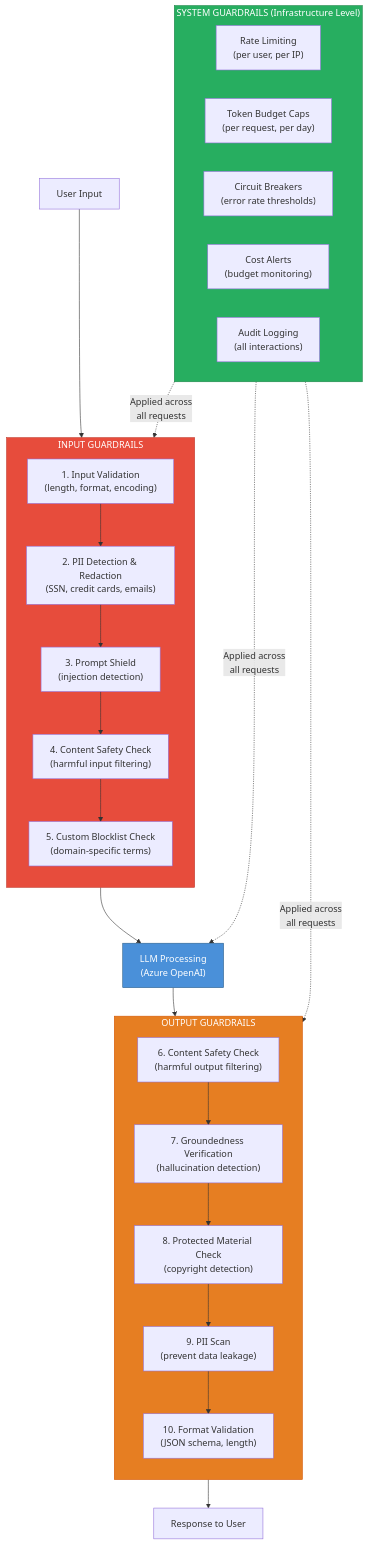
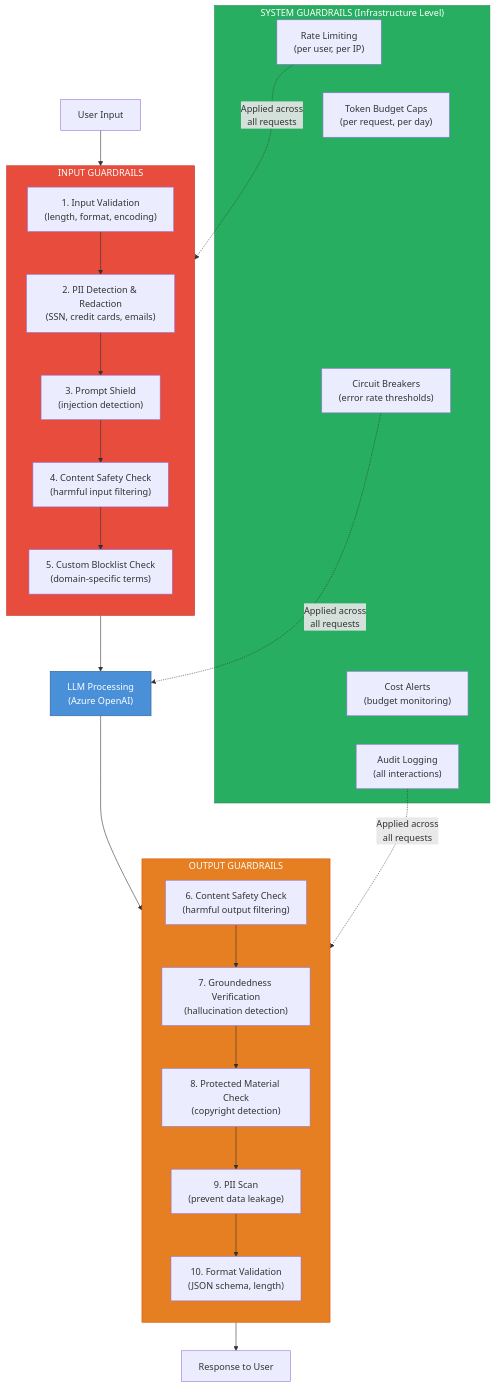
Before and after one commit to frootai/frootai: the sixth of 8 diagrams in docs/Responsible-AI-Safety.md, drawn with Mermaid. The commit also changed other lines of this file and 15 other files, not shown here.

Commit message:
docs: harden learning module diagrams

````diff
--- a/docs/Responsible-AI-Safety.md
+++ b/docs/Responsible-AI-Safety.md
@@ -661,47 +660,48 @@
 ```mermaid
 flowchart TD
-    U["User Input"] --> IG
+    U["User Input"] --> IG1
 
     subgraph IG["INPUT GUARDRAILS"]
         direction TB
         IG1["1. Input Validation<br/>(length, format, encoding)"]
         IG2["2. PII Detection & Redaction<br/>(SSN, credit cards, emails)"]
         IG3["3. Prompt Shield<br/>(injection detection)"]
         IG4["4. Content Safety Check<br/>(harmful input filtering)"]
         IG5["5. Custom Blocklist Check<br/>(domain-specific terms)"]
         IG1 --> IG2 --> IG3 --> IG4 --> IG5
     end
 
-    IG --> LLM["LLM Processing<br/>(Azure OpenAI)"]
+    IG5 --> LLM["LLM Processing<br/>(Azure OpenAI)"]
 
-    LLM --> OG
+    LLM --> OG1
 
     subgraph OG["OUTPUT GUARDRAILS"]
         direction TB
         OG1["6. Content Safety Check<br/>(harmful output filtering)"]
         OG2["7. Groundedness Verification<br/>(hallucination detection)"]
         OG3["8. Protected Material Check<br/>(copyright detection)"]
         OG4["9. PII Scan<br/>(prevent data leakage)"]
         OG5["10. Format Validation<br/>(JSON schema, length)"]
         OG1 --> OG2 --> OG3 --> OG4 --> OG5
     end
 
-    OG --> R["Response to User"]
+    OG5 --> R["Response to User"]
 
     subgraph SG["SYSTEM GUARDRAILS (Infrastructure Level)"]
         SG1["Rate Limiting<br/>(per user, per IP)"]
         SG2["Token Budget Caps<br/>(per request, per day)"]
         SG3["Circuit Breakers<br/>(error rate thresholds)"]
         SG4["Cost Alerts<br/>(budget monitoring)"]
         SG5["Audit Logging<br/>(all interactions)"]
     end
 
-    SG -. "Applied across<br/>all requests" .-> IG
-    SG -. "Applied across<br/>all requests" .-> LLM
-    SG -. "Applied across<br/>all requests" .-> OG
+    SG1 ~~~ SG2 ~~~ SG3 ~~~ SG4 ~~~ SG5
+    SG1 -. "Applied across<br/>all requests" .-> IG1
+    SG3 -. "Applied across<br/>all requests" .-> LLM
+    SG5 -. "Applied across<br/>all requests" .-> OG5
 
     style IG fill:#e74c3c,stroke:#c0392b,color:#fff
     style OG fill:#e67e22,stroke:#d35400,color:#fff
     style SG fill:#27ae60,stroke:#1e8449,color:#fff
     style LLM fill:#4a90d9,stroke:#2c5f8a,color:#fff
 ```
````
